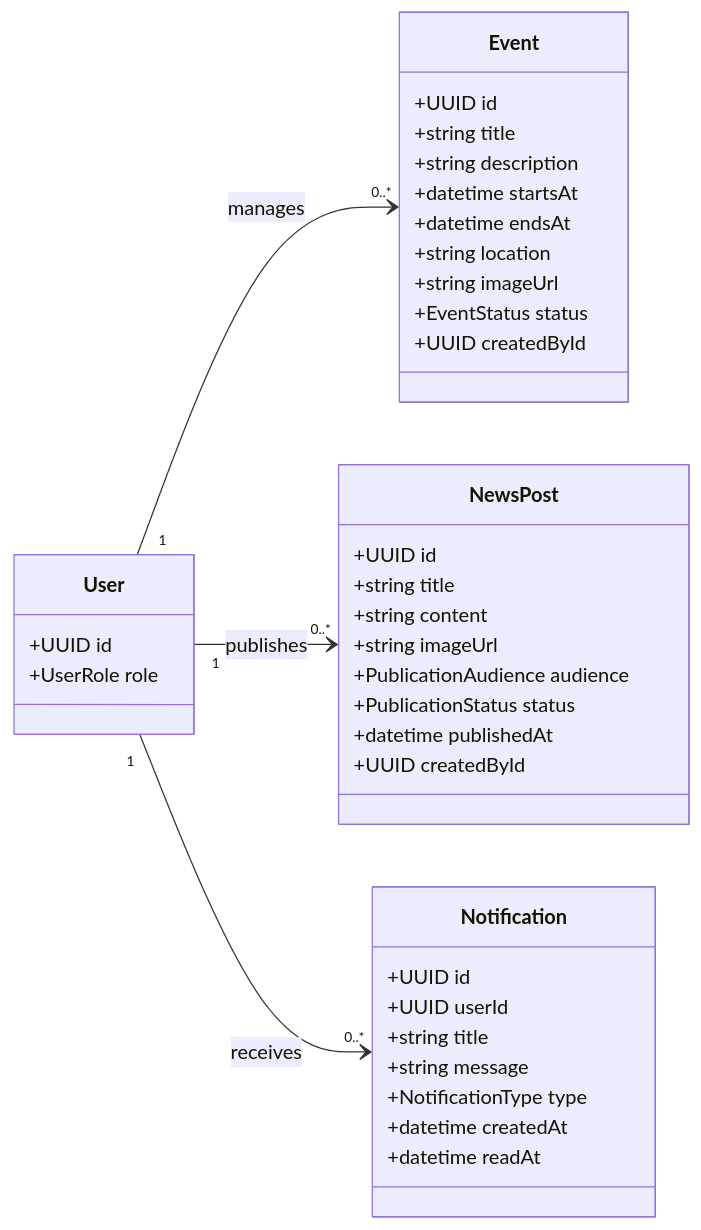
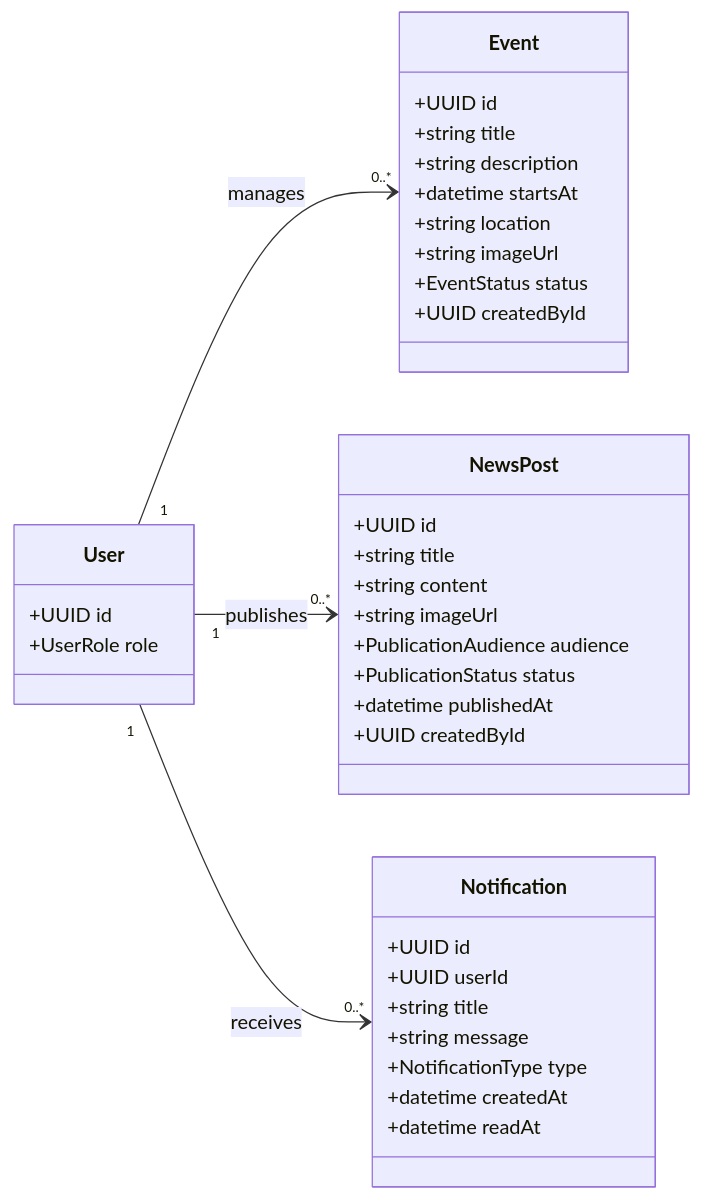
The second of 3 diagrams in docs/modelo-de-dominio.md (LaraFrenkel/M-Team), drawn with Mermaid before and after one commit. The commit also changed other lines of this file, not shown here.

````diff
--- a/docs/modelo-de-dominio.md
+++ b/docs/modelo-de-dominio.md
@@ -158,46 +156,45 @@
 ```mermaid
 classDiagram
 direction LR
 
 class User {
   +UUID id
   +UserRole role
 }
 
 class Event {
   +UUID id
   +string title
   +string description
   +datetime startsAt
-  +datetime endsAt
   +string location
   +string imageUrl
   +EventStatus status
   +UUID createdById
 }
 
 class NewsPost {
   +UUID id
   +string title
   +string content
   +string imageUrl
   +PublicationAudience audience
   +PublicationStatus status
   +datetime publishedAt
   +UUID createdById
 }
 
 class Notification {
   +UUID id
   +UUID userId
   +string title
   +string message
   +NotificationType type
   +datetime createdAt
   +datetime readAt
 }
 
 User "1" --> "0..*" Event : manages
 User "1" --> "0..*" NewsPost : publishes
 User "1" --> "0..*" Notification : receives
 ```
````
